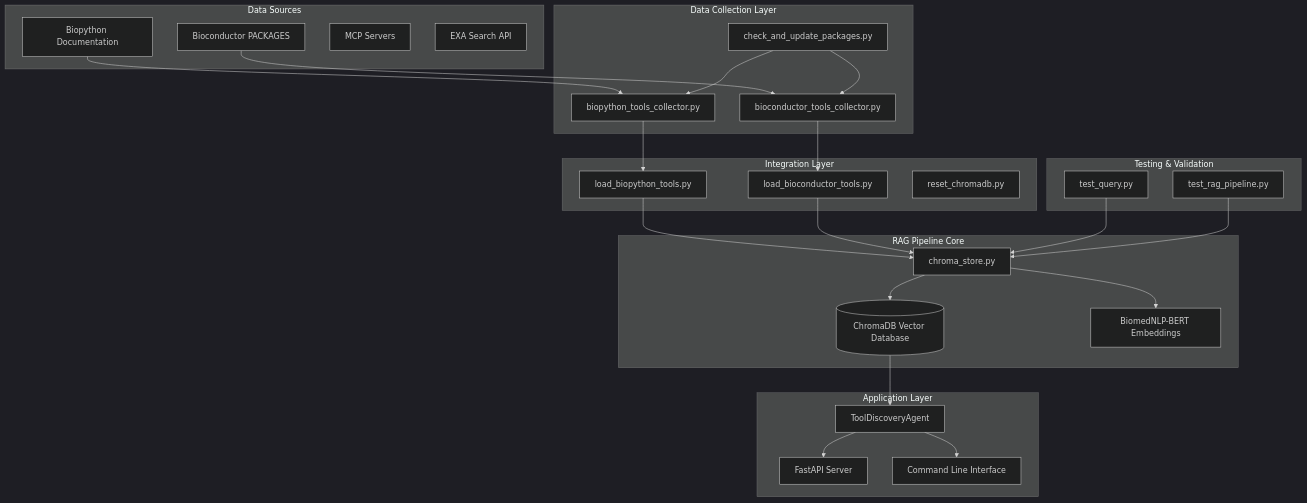
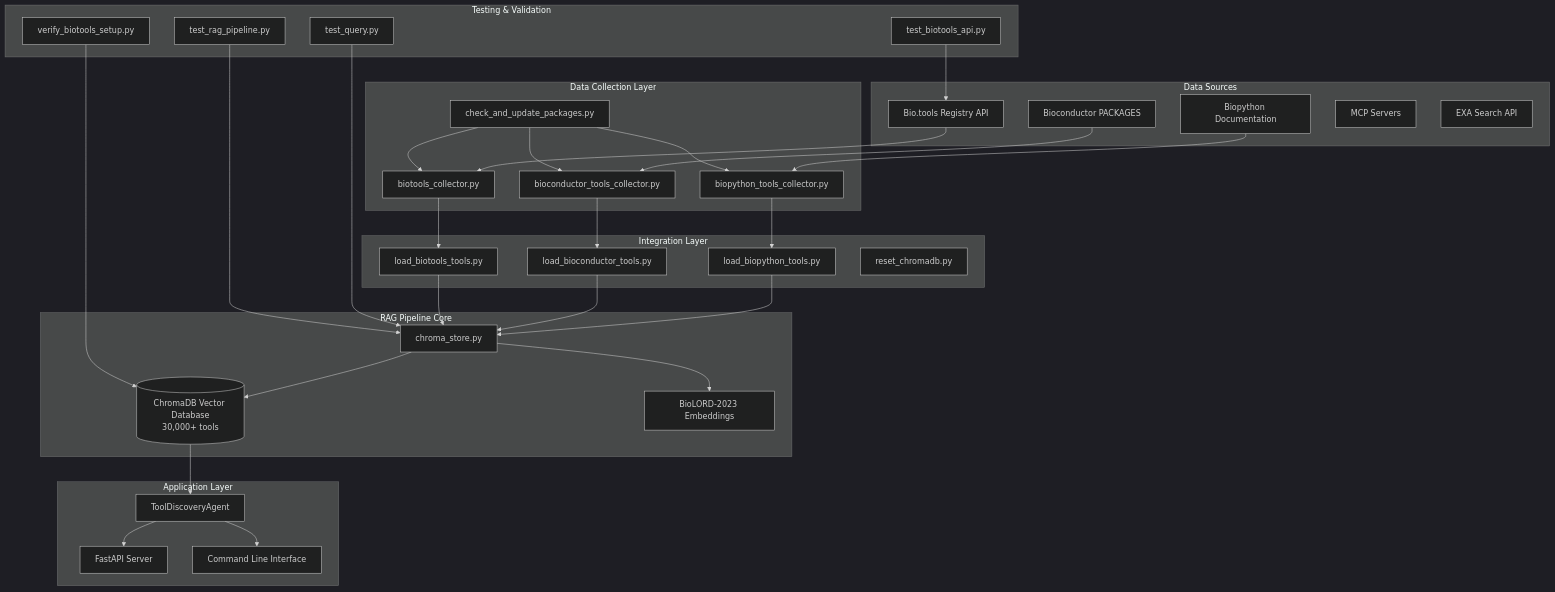
The diagram in docs/rag_pipeline_docs.md (omiydevstudents/Bioinformatics-Semantic-Search-Engine), drawn with Mermaid (dark theme) before and after one commit. The commit also changed other lines of this file and 1 other file, not shown here.

````diff
--- a/docs/rag_pipeline_docs.md
+++ b/docs/rag_pipeline_docs.md
@@ -39,54 +41,65 @@
 ```mermaid
 graph TB
     subgraph "Data Sources"
         BP[Biopython Documentation]
         BC[Bioconductor PACKAGES]
+        BT[Bio.tools Registry API]
         MCP[MCP Servers]
         EXA[EXA Search API]
     end
     
     subgraph "Data Collection Layer"
         BPC[biopython_tools_collector.py]
         BCC[bioconductor_tools_collector.py]
+        BTC[biotools_collector.py]
         UPD[check_and_update_packages.py]
     end
     
     subgraph "RAG Pipeline Core"
         CS[chroma_store.py]
-        VDB[(ChromaDB Vector Database)]
-        EMB[BiomedNLP-BERT Embeddings]
+        VDB[(ChromaDB Vector Database<br/>30,000+ tools)]
+        EMB[BioLORD-2023 Embeddings]
     end
     
     subgraph "Integration Layer"
         LBP[load_biopython_tools.py]
         LBC[load_bioconductor_tools.py]
+        LBT[load_biotools_tools.py]
         RST[reset_chromadb.py]
     end
     
     subgraph "Testing & Validation"
         TQ[test_query.py]
         TRP[test_rag_pipeline.py]
+        TBA[test_biotools_api.py]
+        VBS[verify_biotools_setup.py]
     end
     
     subgraph "Application Layer"
         AGENT[ToolDiscoveryAgent]
         API[FastAPI Server]
         CLI[Command Line Interface]
     end
     
     BP --> BPC
     BC --> BCC
+    BT --> BTC
     BPC --> LBP
     BCC --> LBC
+    BTC --> LBT
     LBP --> CS
     LBC --> CS
+    LBT --> CS
     CS --> VDB
     CS --> EMB
     UPD --> BPC
     UPD --> BCC
+    UPD --> BTC
     VDB --> AGENT
     TQ --> CS
     TRP --> CS
+    TBA --> BT
+    VBS --> VDB
     AGENT --> API
     AGENT --> CLI
 ```
````
